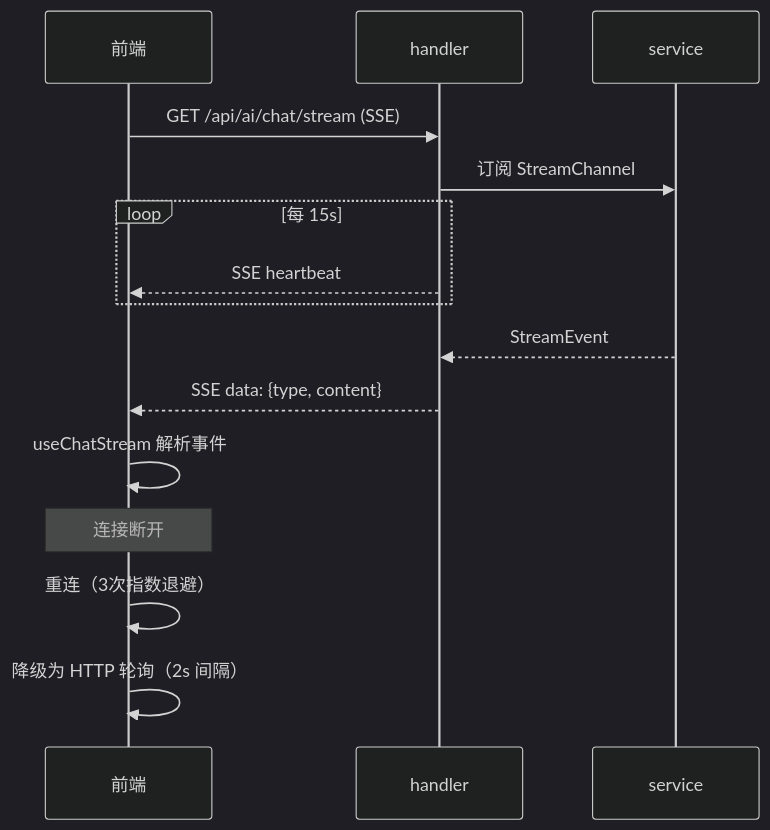
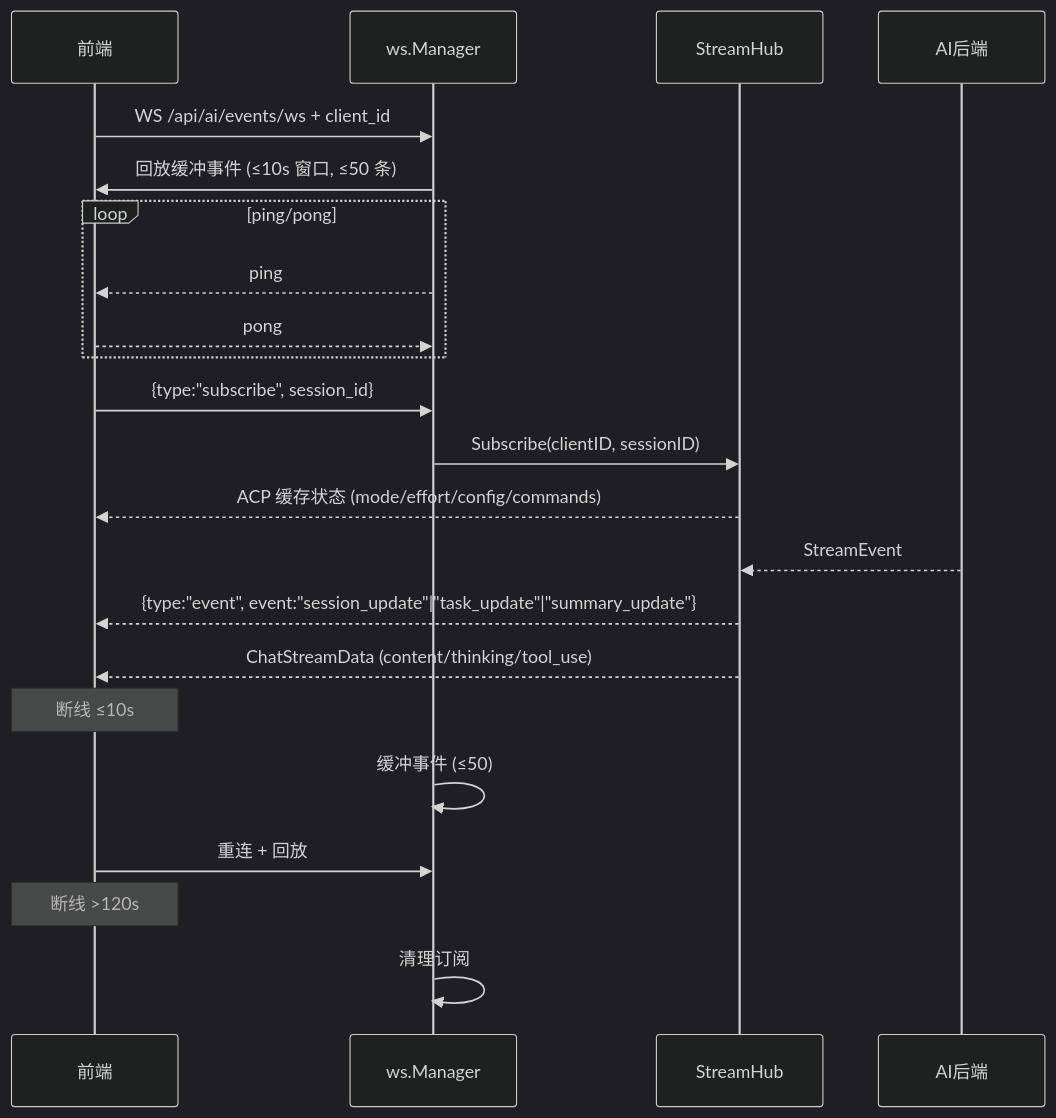
One commit to clawbench-dev/clawbench changed the first of 2 diagrams in docs/spec/core/streaming.md. Above: the diagram before and after it, drawn with Mermaid (dark theme). The commit also changed other lines of this file and 15 other files, not shown here.

````diff
--- a/docs/spec/core/streaming.md
+++ b/docs/spec/core/streaming.md
@@ -9,18 +11,25 @@
 ```mermaid
 sequenceDiagram
     participant 前端
-    participant handler
-    participant service
+    participant ws.Manager
+    participant StreamHub
+    participant AI后端
 
-    前端->>handler: GET /api/ai/chat/stream (SSE)
-    handler->>service: 订阅 StreamChannel
-    loop 每 15s
-        handler-->>前端: SSE heartbeat
+    前端->>ws.Manager: WS /api/ai/events/ws + client_id
+    ws.Manager->>前端: 回放缓冲事件 (≤10s 窗口, ≤50 条)
+    loop ping/pong
+        ws.Manager-->>前端: ping
+        前端-->>ws.Manager: pong
     end
-    service-->>handler: StreamEvent
-    handler-->>前端: SSE data: {type, content}
-    前端->>前端: useChatStream 解析事件
-    Note over 前端: 连接断开
-    前端->>前端: 重连（3次指数退避）
-    前端->>前端: 降级为 HTTP 轮询（2s 间隔）
+    前端->>ws.Manager: {type:"subscribe", session_id}
+    ws.Manager->>StreamHub: Subscribe(clientID, sessionID)
+    StreamHub-->>前端: ACP 缓存状态 (mode/effort/config/commands)
+    AI后端-->>StreamHub: StreamEvent
+    StreamHub-->>前端: {type:"event", event:"session_update"|"task_update"|"summary_update"}
+    StreamHub-->>前端: ChatStreamData (content/thinking/tool_use)
+    Note over 前端: 断线 ≤10s
+    ws.Manager->>ws.Manager: 缓冲事件 (≤50)
+    前端->>ws.Manager: 重连 + 回放
+    Note over 前端: 断线 >120s
+    ws.Manager->>ws.Manager: 清理订阅
 ```
````
